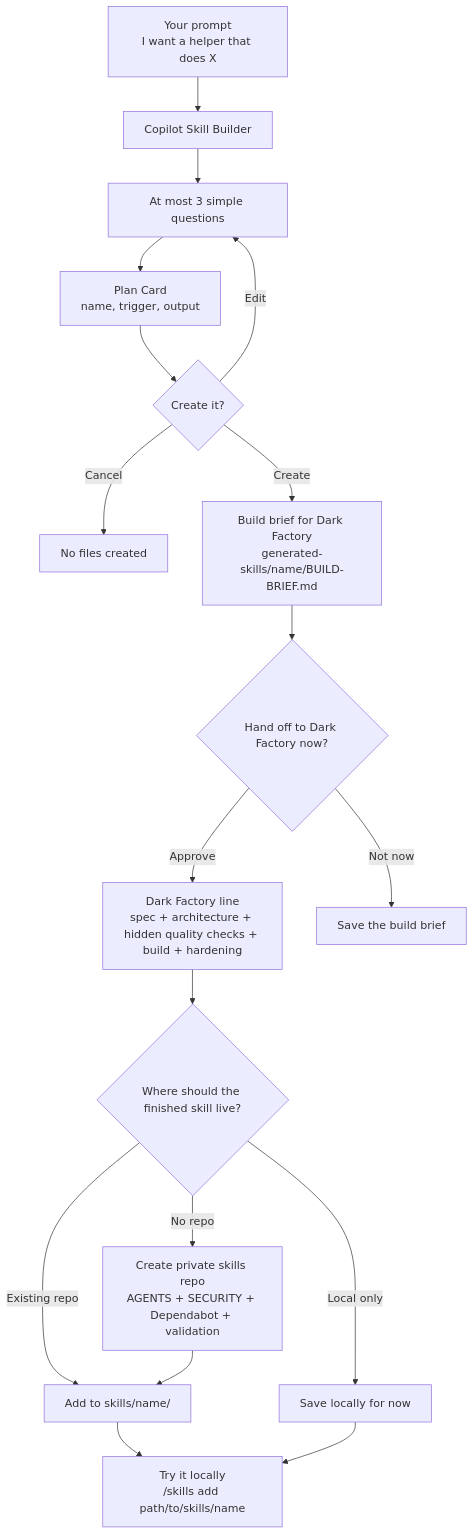
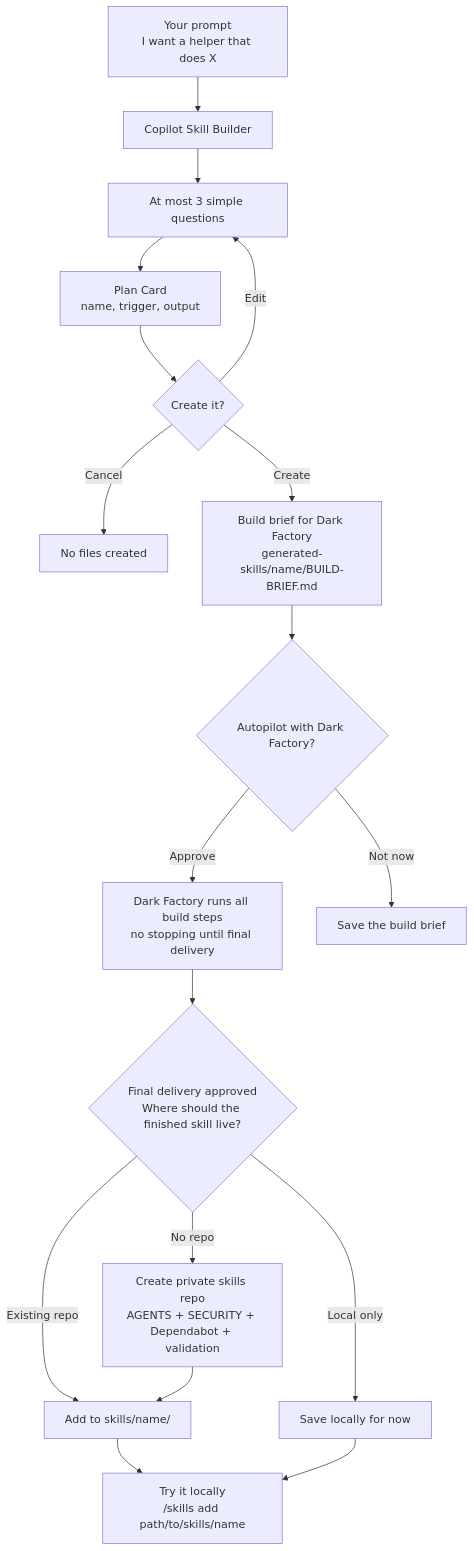
The diagram in README.md (DUBSOpenHub/copilot-skill-builder), drawn with Mermaid before and after one commit. The commit also changed other lines of this file and 5 other files, not shown here.

Commit message:
Limit telemetry to skill build counts

````diff
--- a/README.md
+++ b/README.md
@@ -49,20 +49,20 @@
 ```mermaid
 flowchart TD
     A["Your prompt<br/>I want a helper that does X"] --> B["Copilot Skill Builder"]
     B --> C["At most 3 simple questions"]
     C --> G["Plan Card<br/>name, trigger, output"]
     G --> H{"Create it?"}
     H -- Edit --> C
     H -- Cancel --> Z["No files created"]
     H -- Create --> I["Build brief for Dark Factory<br/>generated-skills/name/BUILD-BRIEF.md"]
-    I --> J{"Hand off to Dark Factory now?"}
-    J -- Approve --> K["Dark Factory line<br/>spec + architecture + hidden quality checks + build + hardening"]
+    I --> J{"Autopilot with Dark Factory?"}
+    J -- Approve --> K["Dark Factory runs all build steps<br/>no stopping until final delivery"]
     J -- Not now --> M["Save the build brief"]
-    K --> L{"Where should the finished skill live?"}
+    K --> L{"Final delivery approved<br/>Where should the finished skill live?"}
     L -- Existing repo --> N["Add to skills/name/"]
     L -- No repo --> O["Create private skills repo<br/>AGENTS + SECURITY + Dependabot + validation"]
     L -- Local only --> P["Save locally for now"]
     O --> N
     N --> Q["Try it locally<br/>/skills add path/to/skills/name"]
     P --> Q
 ```
````
